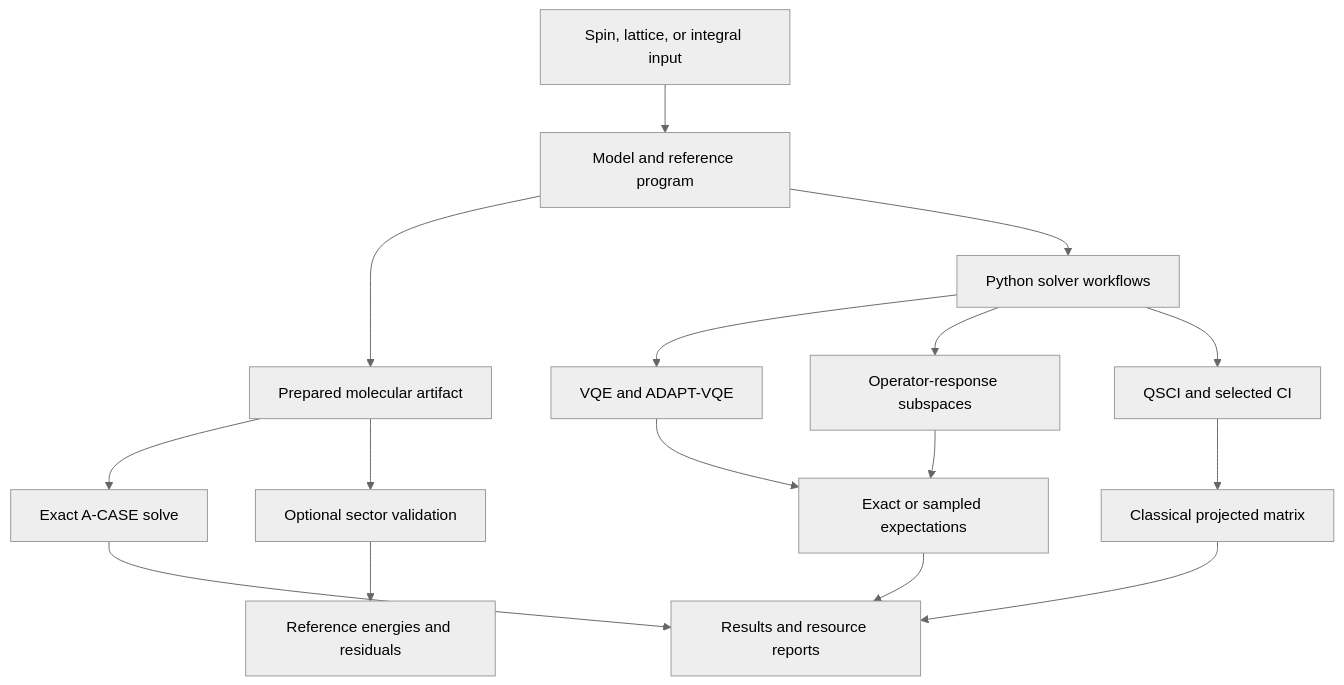
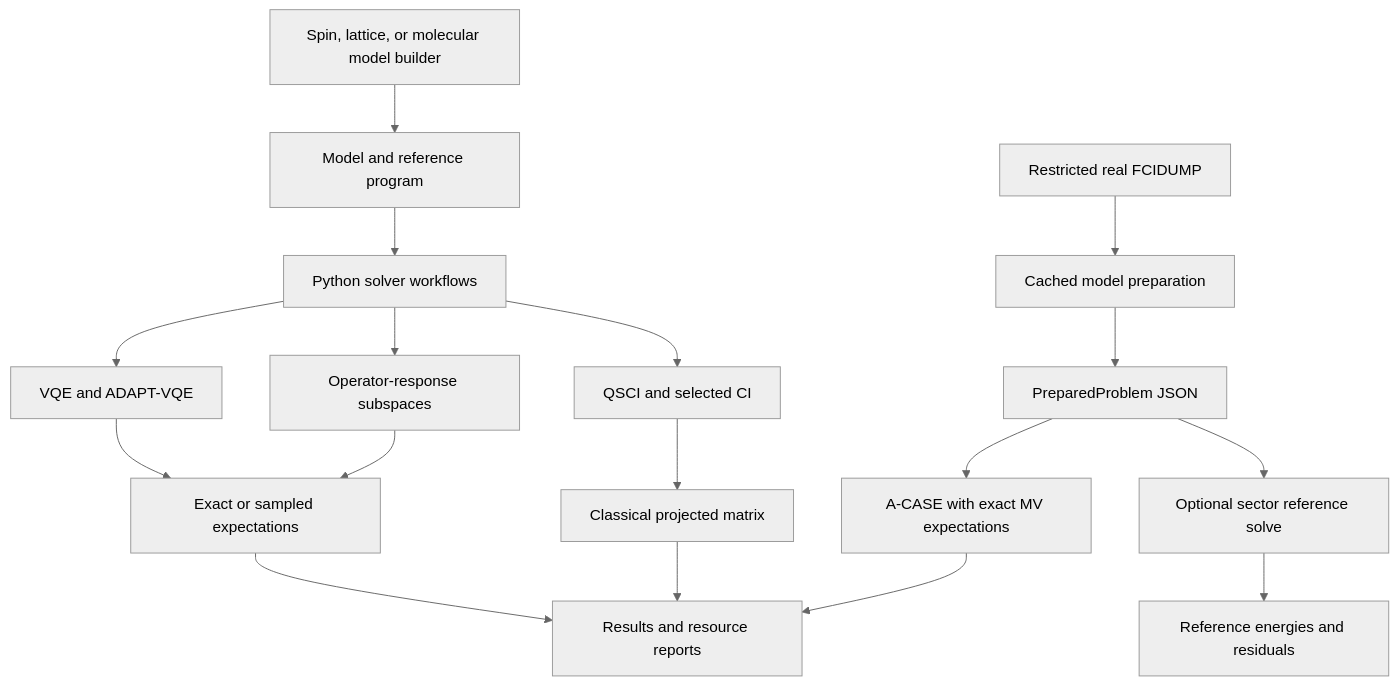
Before and after one commit to gutama/clifford_qc: the diagram in ARCHITECTURE.md, drawn with Mermaid (neutral theme). The commit also changed other lines of this file and 17 other files, not shown here.

````diff
--- a/ARCHITECTURE.md
+++ b/ARCHITECTURE.md
@@ -11,18 +11,19 @@
 ```mermaid
 flowchart TD
-    INPUT["Spin, lattice, or integral input"] --> MODEL["Model and reference program"]
-    MODEL --> PREP["Prepared molecular artifact"]
-    PREP --> SOLVE["Exact A-CASE solve"]
-    PREP --> VALIDATE["Optional sector validation"]
+    INPUT["Spin, lattice, or molecular model builder"] --> MODEL["Model and reference program"]
+    FCIDUMP["Restricted real FCIDUMP"] --> PREP["Cached model preparation"]
+    PREP --> ARTIFACT["PreparedProblem JSON"]
+    ARTIFACT --> SOLVE["A-CASE with exact MV expectations"]
+    ARTIFACT --> VALIDATE["Optional sector reference solve"]
     MODEL --> PYTHON["Python solver workflows"]
     PYTHON --> VAR["VQE and ADAPT-VQE"]
     PYTHON --> SUB["Operator-response subspaces"]
     PYTHON --> DET["QSCI and selected CI"]
     VAR --> MEAS["Exact or sampled expectations"]
     SUB --> MEAS
     DET --> CLASSICAL["Classical projected matrix"]
     SOLVE --> RECORD["Results and resource reports"]
     MEAS --> RECORD
     CLASSICAL --> RECORD
     VALIDATE --> REFERENCE["Reference energies and residuals"]
 ```
````
